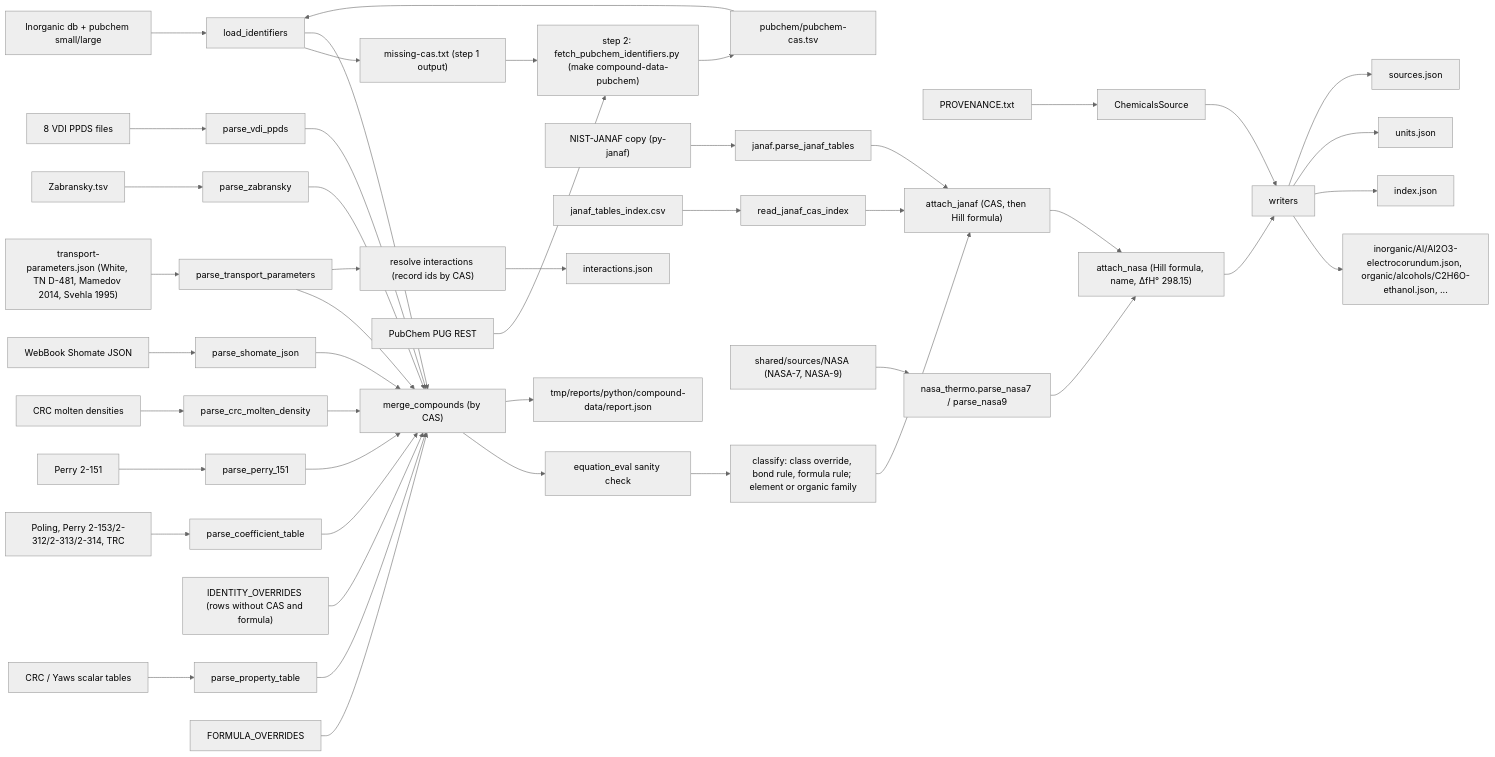
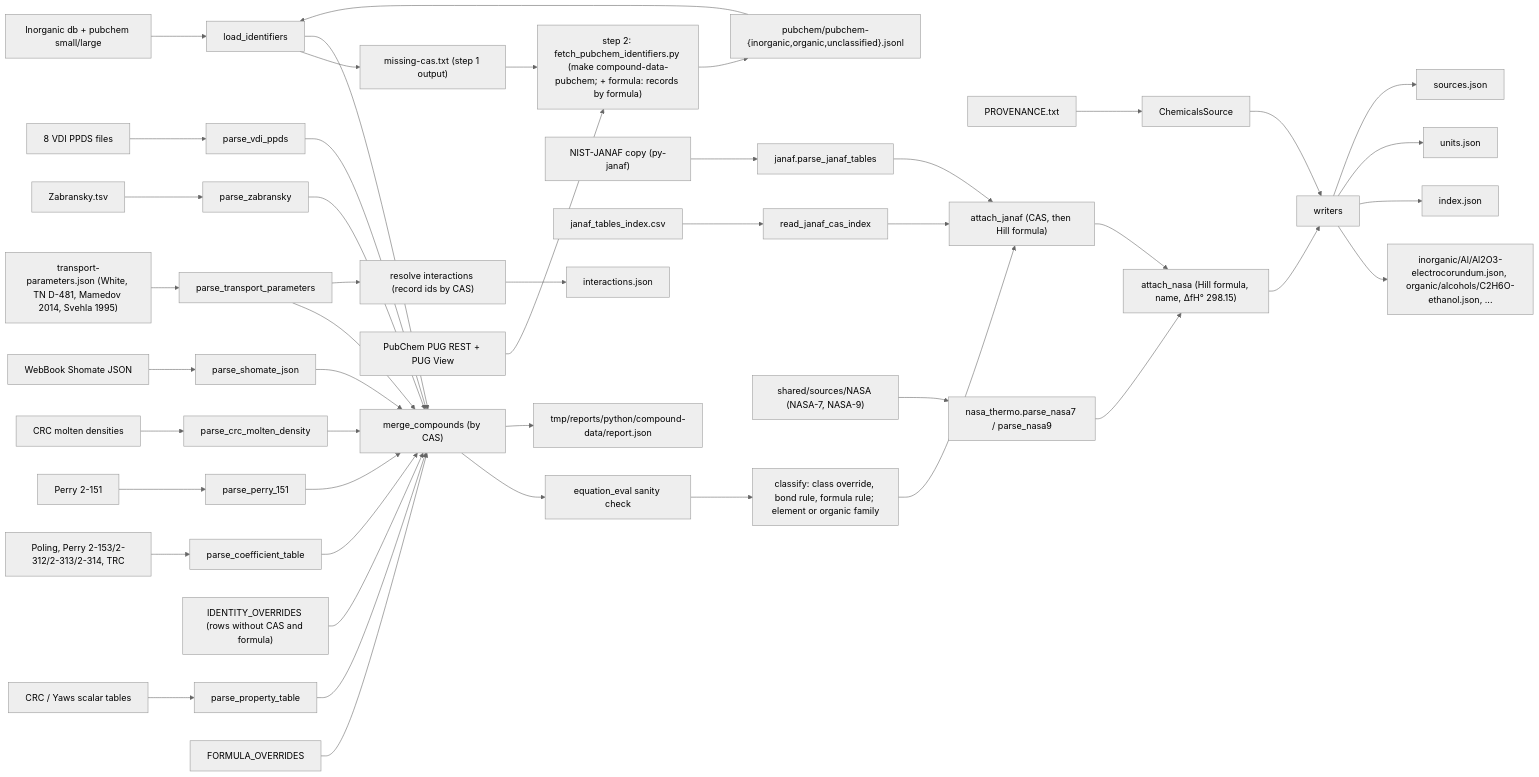
Before and after one commit to zakhovalkopavel/thermal-software: the diagram in docs/scripts/COMPOUND_DATA_SPEC.md, drawn with Mermaid (neutral theme). The commit also changed other lines of this file and 60 other files, not shown here.

````diff
--- a/docs/scripts/COMPOUND_DATA_SPEC.md
+++ b/docs/scripts/COMPOUND_DATA_SPEC.md
@@ -149,48 +149,48 @@
 ```mermaid
 flowchart LR
   provenance["PROVENANCE.txt"] --> source["ChemicalsSource"]
   scalarTables["CRC / Yaws scalar tables"] --> propParser["parse_property_table"]
   coeffTables["Poling, Perry 2-153/2-312/2-313/2-314, TRC"] --> coeffParser["parse_coefficient_table"]
   perry151["Perry 2-151"] --> perryParser["parse_perry_151"]
   molten["CRC molten densities"] --> moltenParser["parse_crc_molten_density"]
   shomateJson["WebBook Shomate JSON"] --> shomateParser["parse_shomate_json"]
   zabransky["Zabransky.tsv"] --> zabParser["parse_zabransky"]
   vdi["8 VDI PPDS files"] --> vdiParser["parse_vdi_ppds"]
   transport["transport-parameters.json (White, TN D-481, Mamedov 2014, Svehla 1995)"] --> transportParser["parse_transport_parameters"]
   transportParser --> merger
   transportParser --> interactions["resolve interactions (record ids by CAS)"]
   interactions --> interactionsFile["interactions.json"]
   identity["IDENTITY_OVERRIDES (rows without CAS and formula)"] --> merger
   ids["Inorganic db + pubchem small/large"] --> resolver["load_identifiers"]
   resolver --> missingCas["missing-cas.txt (step 1 output)"]
-  missingCas --> fetch["step 2: fetch_pubchem_identifiers.py (make compound-data-pubchem)"]
-  pubchemApi["PubChem PUG REST"] --> fetch
-  fetch --> pubchemCache["pubchem/pubchem-cas.tsv"]
+  missingCas --> fetch["step 2: fetch_pubchem_identifiers.py (make compound-data-pubchem; + formula: records by formula)"]
+  pubchemApi["PubChem PUG REST + PUG View"] --> fetch
+  fetch --> pubchemCache["pubchem/pubchem-{inorganic,organic,unclassified}.jsonl"]
   pubchemCache --> resolver
   janafTables["NIST-JANAF copy (py-janaf)"] --> janafParser["janaf.parse_janaf_tables"]
   janafCas["janaf_tables_index.csv"] --> janafCasReader["read_janaf_cas_index"]
   janafParser --> janafLinks["attach_janaf (CAS, then Hill formula)"]
   janafCasReader --> janafLinks
   nasaSources["shared/sources/NASA (NASA-7, NASA-9)"] --> nasaParser["nasa_thermo.parse_nasa7 / parse_nasa9"]
   nasaParser --> nasaLinks["attach_nasa (Hill formula, name, ΔfH° 298.15)"]
   propParser --> merger["merge_compounds (by CAS)"]
   coeffParser --> merger
   perryParser --> merger
   moltenParser --> merger
   shomateParser --> merger
   zabParser --> merger
   vdiParser --> merger
   resolver --> merger
   overrides["FORMULA_OVERRIDES"] --> merger
   merger --> sanity["equation_eval sanity check"]
   sanity --> classify["classify: class override, bond rule, formula rule; element or organic family"]
   classify --> janafLinks
   janafLinks --> nasaLinks
   nasaLinks --> writer["writers"]
   source --> writer
   writer --> compoundFiles["inorganic/Al/Al2O3-electrocorundum.json, organic/alcohols/C2H6O-ethanol.json, ..."]
   writer --> indexFile["index.json"]
   writer --> unitsFile["units.json"]
   writer --> sourcesFile["sources.json"]
   merger --> report["tmp/reports/python/compound-data/report.json"]
 ```
````
